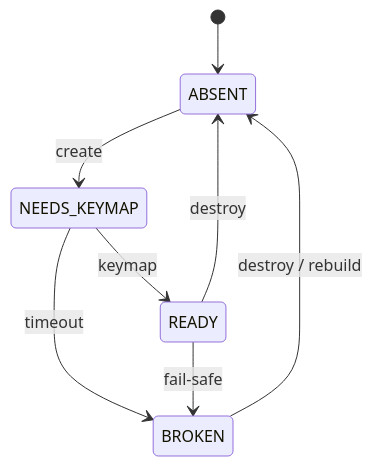
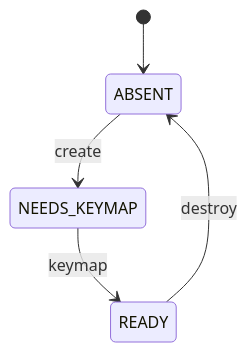
Before and after one commit to typio-ime/typio: the diagram in docs/explanation/focus-controller.md, drawn with Mermaid. The commit also changed other lines of this file and 42 other files, not shown here.

````diff
--- a/docs/explanation/focus-controller.md
+++ b/docs/explanation/focus-controller.md
@@ -106,10 +105,7 @@
 ```mermaid
 stateDiagram-v2
     [*] --> ABSENT
     ABSENT --> NEEDS_KEYMAP : create
     NEEDS_KEYMAP --> READY : keymap
-    NEEDS_KEYMAP --> BROKEN : timeout
-    READY --> BROKEN : fail-safe
     READY --> ABSENT : destroy
-    BROKEN --> ABSENT : destroy / rebuild
 ```
````
